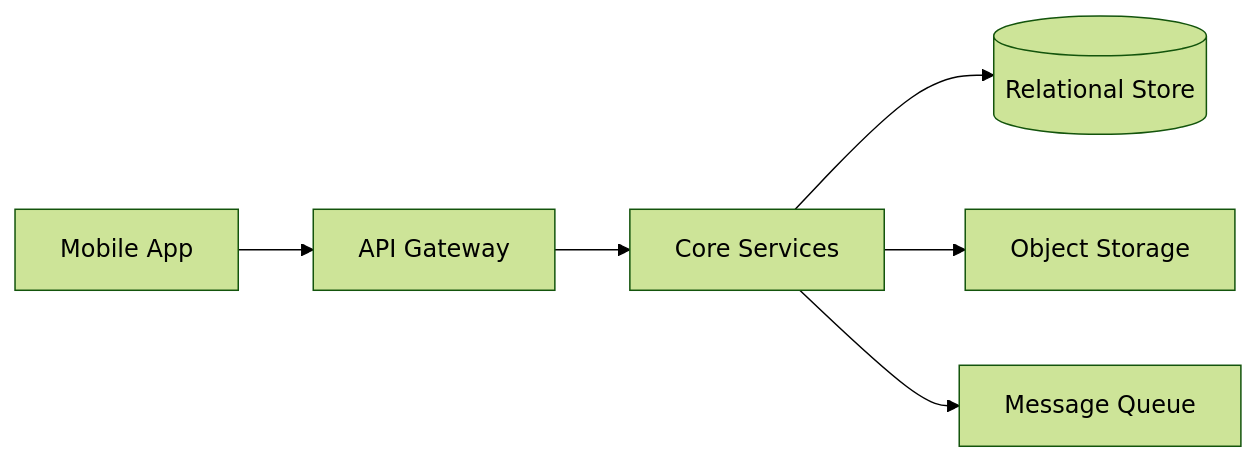
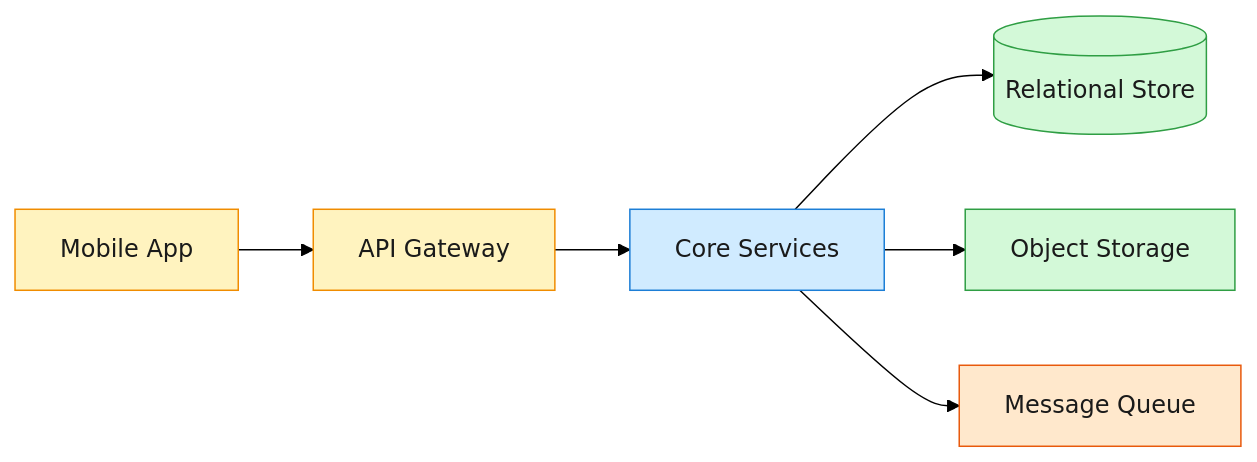
One commit to iliazlobin/iliazlobin.github.io changed the first of 2 diagrams in _posts/2026-07-02-system-design-strava.md. Above: the diagram before and after it, drawn with Mermaid (forest theme). The commit also changed other lines of this file and 45 other files, not shown here.

First line of the commit message:
Republish all posts from Notion: fix mermaid errors, drop §7 Trade-offs (#88)

````diff
--- a/_posts/2026-07-02-system-design-strava.md
+++ b/_posts/2026-07-02-system-design-strava.md
@@ -18,8 +18,17 @@
 ```mermaid
 graph LR
     M[Mobile App] --> GW[API Gateway]
     GW --> SVC[Core Services]
     SVC --> DB[(Relational Store)]
     SVC --> OBJ[Object Storage]
     SVC --> QUEUE[Message Queue]
+
+    classDef edge fill:#fff3bf,stroke:#f08c00,color:#1a1a1a
+    classDef svc fill:#d0ebff,stroke:#1c7ed6,color:#1a1a1a
+    classDef store fill:#d3f9d8,stroke:#2f9e44,color:#1a1a1a
+    classDef async fill:#ffe8cc,stroke:#e8590c,color:#1a1a1a
+    class M,GW edge
+    class SVC svc
+    class DB,OBJ store
+    class QUEUE async
 ```
````
